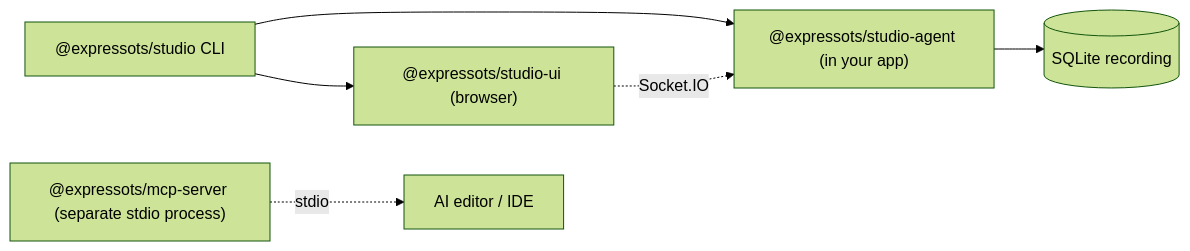
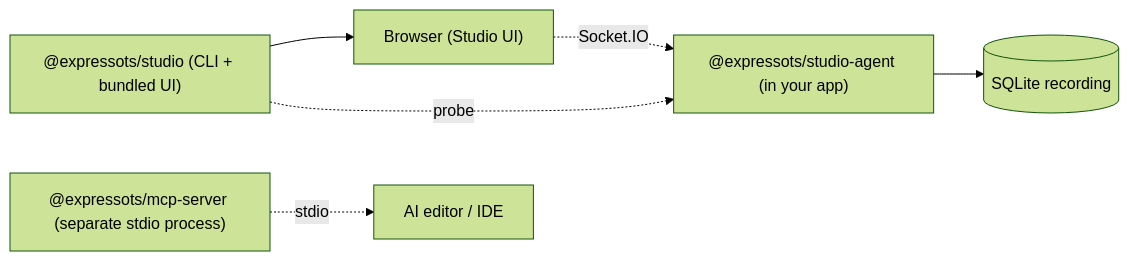
One commit to expressots/expressots changed the diagram in apps/README.md. Above: the diagram before and after it, drawn with Mermaid (forest theme). The commit also changed other lines of this file and 37 other files, not shown here.

````diff
--- a/apps/README.md
+++ b/apps/README.md
@@ -62,14 +60,14 @@
 ```mermaid
 flowchart LR
-    studioCli["@expressots/studio CLI"]
+    studioCli["@expressots/studio (CLI + bundled UI)"]
     agent["@expressots/studio-agent (in your app)"]
-    ui["@expressots/studio-ui (browser)"]
     mcp["@expressots/mcp-server (separate stdio process)"]
     sqlite[(SQLite recording)]
+    browser["Browser (Studio UI)"]
 
-    studioCli --> agent
-    studioCli --> ui
+    studioCli --> browser
+    studioCli -. probe .-> agent
+    browser -. "Socket.IO" .-> agent
     agent --> sqlite
-    ui -. "Socket.IO" .-> agent
-    mcp -. "stdio" .-> editor[AI editor / IDE]
+    mcp -. "stdio" .-> editor["AI editor / IDE"]
 ```
````
